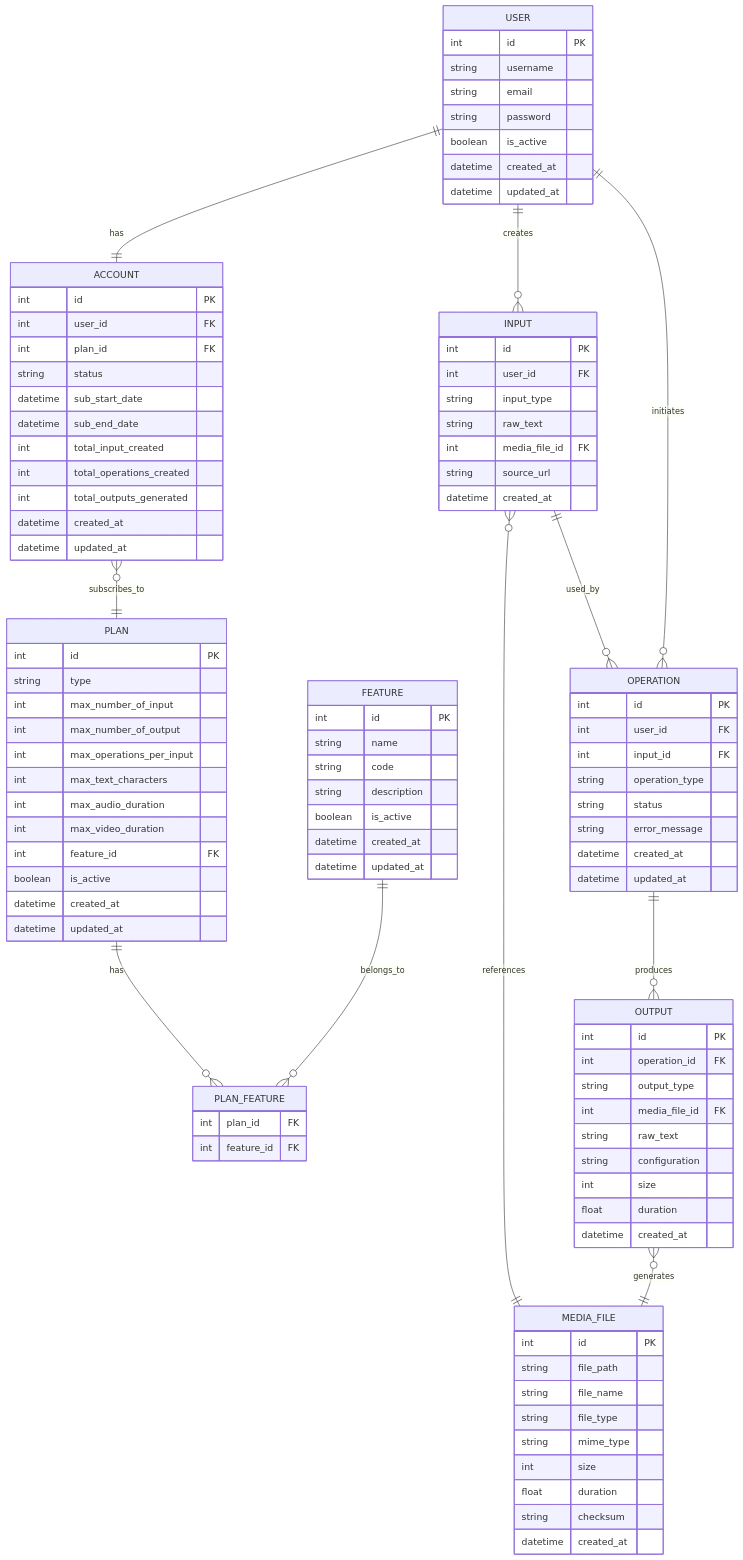
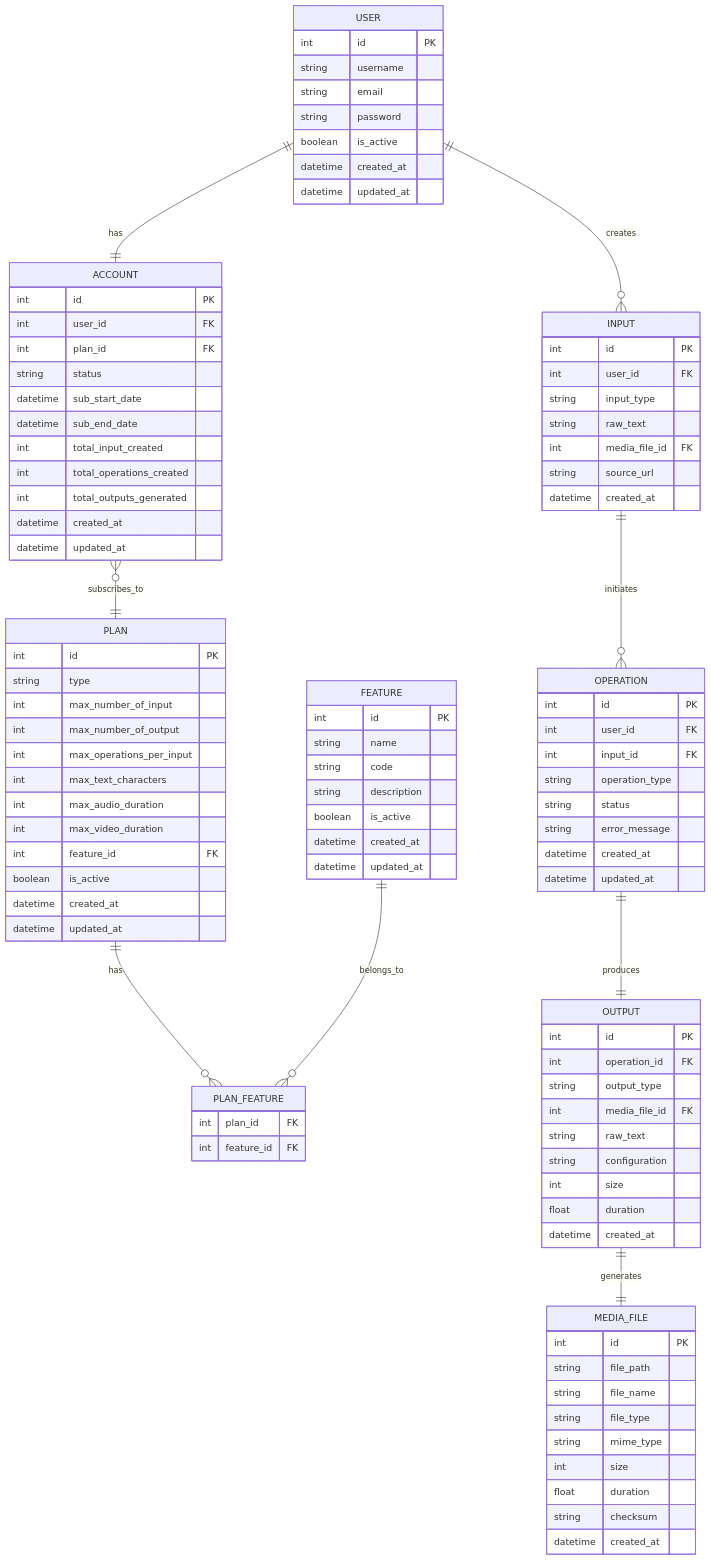
Before and after one commit to NelMatrix743/text-speaker-io: the diagram in ERD.md, drawn with Mermaid.

Commit message:
refactor: update the relationships in the ERD

````diff
--- a/ERD.md
+++ b/ERD.md
@@ -107,11 +107,9 @@
     FEATURE ||--o{ PLAN_FEATURE : belongs_to
 
     USER ||--o{ INPUT : creates
-    INPUT }o--|| MEDIA_FILE : references
 
-    USER ||--o{ OPERATION : initiates
-    INPUT ||--o{ OPERATION : used_by
+    INPUT ||--o{ OPERATION : initiates
 
-    OPERATION ||--o{ OUTPUT : produces
-    OUTPUT }o--|| MEDIA_FILE : generates
+    OPERATION ||--|| OUTPUT : produces
+    OUTPUT || --|| MEDIA_FILE : generates
 ```
````
